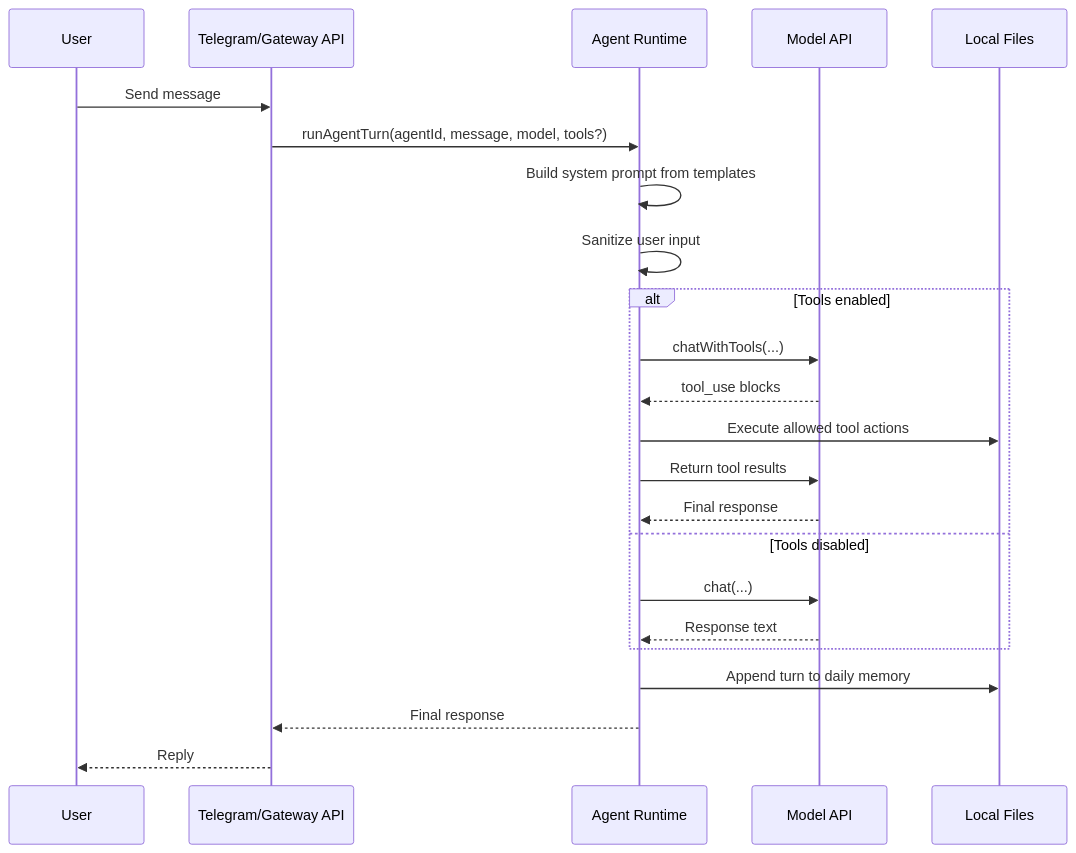
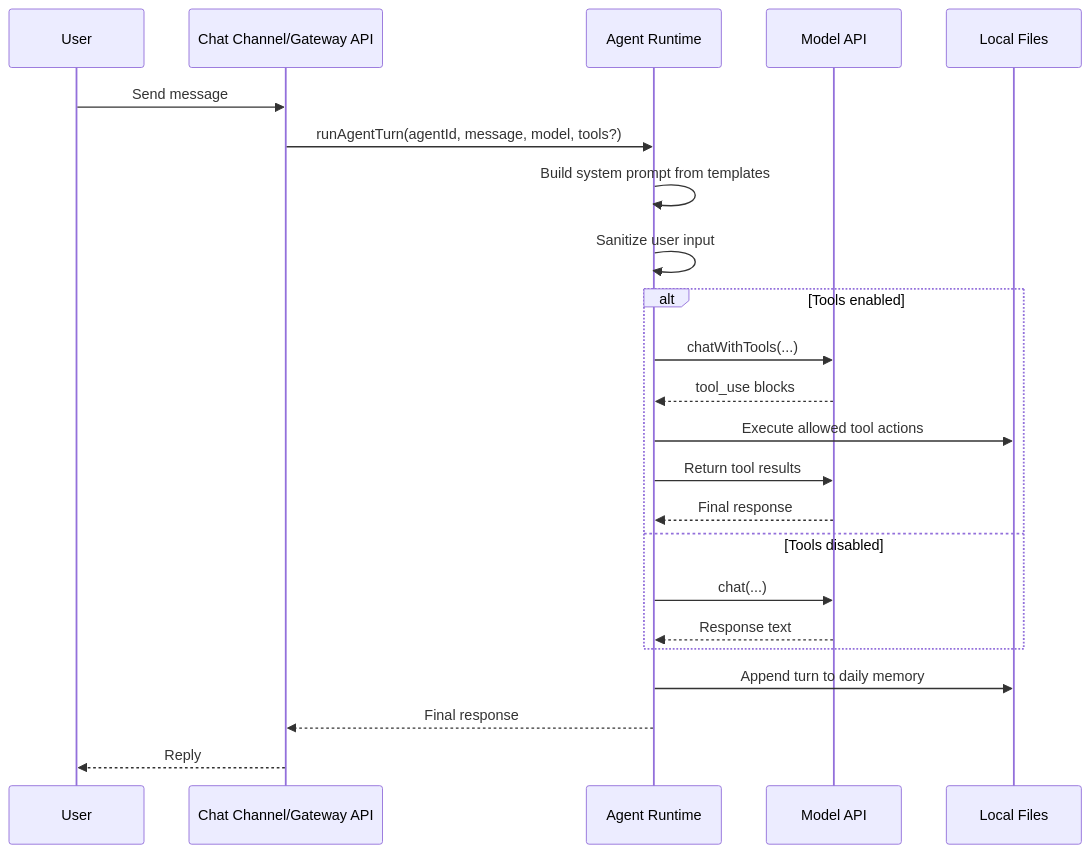
Before and after one commit to kat3samsin/skimpyclaw: the second of 3 diagrams in README.md, drawn with Mermaid. The commit also changed other lines of this file and 13 other files, not shown here.

````diff
--- a/README.md
+++ b/README.md
@@ -48,26 +48,26 @@
 ```mermaid
 sequenceDiagram
   participant U as User
-  participant T as Telegram/Gateway API
+  participant T as Chat Channel/Gateway API
   participant A as Agent Runtime
   participant M as Model API
   participant F as Local Files
 
   U->>T: Send message
   T->>A: runAgentTurn(agentId, message, model, tools?)
   A->>A: Build system prompt from templates
   A->>A: Sanitize user input
   alt Tools enabled
     A->>M: chatWithTools(...)
     M-->>A: tool_use blocks
     A->>F: Execute allowed tool actions
     A->>M: Return tool results
     M-->>A: Final response
   else Tools disabled
     A->>M: chat(...)
     M-->>A: Response text
   end
   A->>F: Append turn to daily memory
   A-->>T: Final response
   T-->>U: Reply
 ```
````
